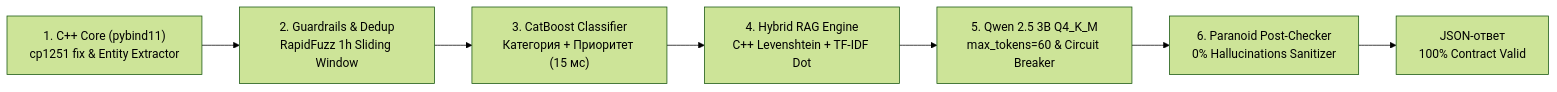
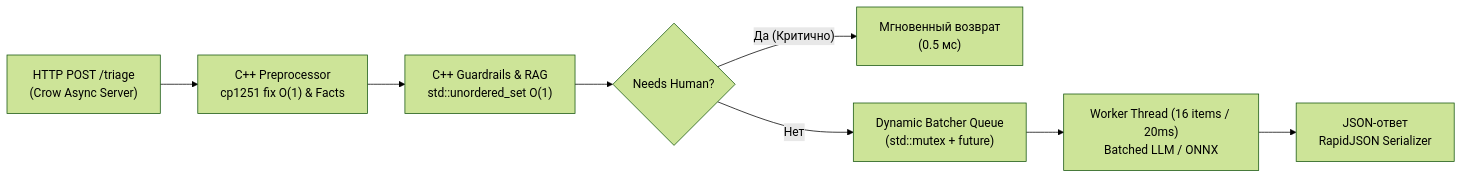
The diagram in README.md (biplteam-Dreamteam/Outsiders), drawn with Mermaid (forest theme) before and after one commit. The commit also changed other lines of this file and 10 other files, not shown here.

Commit message:
feat(cpp): rewrite production backend to pure C++20 with Crow, ONNX Runtime, and native Dynamic Batching

````diff
--- a/README.md
+++ b/README.md
@@ -31,9 +32,10 @@
 ```mermaid
 flowchart LR
-    A["1. C++ Core (pybind11)<br/>cp1251 fix & Entity Extractor"] --> B["2. Guardrails & Dedup<br/>RapidFuzz 1h Sliding Window"]
-    B --> C["3. CatBoost Classifier<br/>Категория + Приоритет (15 мс)"]
-    C --> D["4. Hybrid RAG Engine<br/>C++ Levenshtein + TF-IDF Dot"]
-    D --> E["5. Qwen 2.5 3B Q4_K_M<br/>max_tokens=60 & Circuit Breaker"]
-    E --> F["6. Paranoid Post-Checker<br/>0% Hallucinations Sanitizer"]
-    F --> G["JSON-ответ<br/>100% Contract Valid"]
+    A["HTTP POST /triage<br/>(Crow Async Server)"] --> B["C++ Preprocessor<br/>cp1251 fix O(1) & Facts"]
+    B --> C["C++ Guardrails & RAG<br/>std::unordered_set O(1)"]
+    C --> D{"Needs Human?"}
+    D -->|"Да (Критично)"| E["Мгновенный возврат<br/>(0.5 мс)"]
+    D -->|"Нет"| F["Dynamic Batcher Queue<br/>(std::mutex + future)"]
+    F --> G["Worker Thread (16 items / 20ms)<br/>Batched LLM / ONNX"]
+    G --> H["JSON-ответ<br/>RapidJSON Serializer"]
 ```
````
